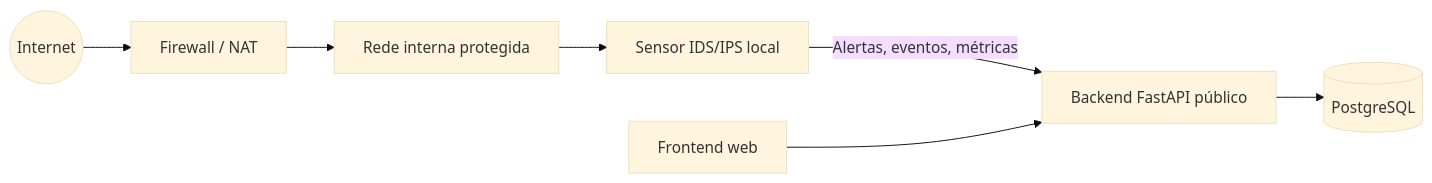
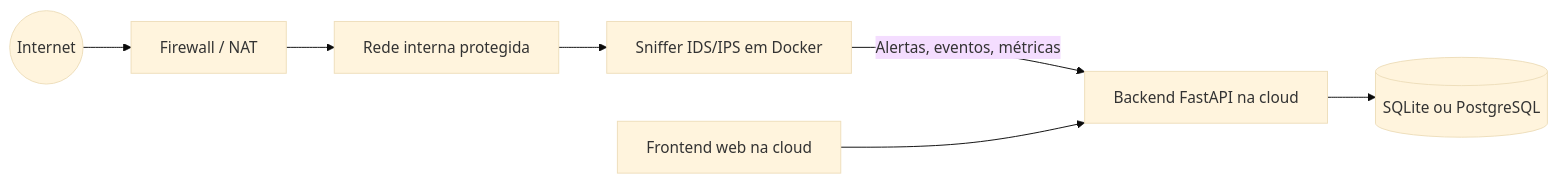
The diagram in ARCHITECTURE_FIREWALL.md (Juliao-A3/projeto-ids-ips), drawn with Mermaid (base theme) before and after one commit. The commit also changed other lines of this file and 27 other files, not shown here.

````diff
--- a/ARCHITECTURE_FIREWALL.md
+++ b/ARCHITECTURE_FIREWALL.md
@@ -10,9 +10,9 @@
 ```mermaid
 flowchart LR
     Internet((Internet)) --> FW[Firewall / NAT]
     FW --> LAN[Rede interna protegida]
-    LAN --> SENSOR[Sensor IDS/IPS local]
-    SENSOR -->|Alertas, eventos, métricas| API[Backend FastAPI público]
-    API --> DB[(PostgreSQL)]
-    WEB[Frontend web] --> API
+    LAN --> SENSOR[Sniffer IDS/IPS em Docker]
+    SENSOR -->|Alertas, eventos, métricas| API[Backend FastAPI na cloud]
+    WEB[Frontend web na cloud] --> API
+    API --> DB[(SQLite ou PostgreSQL)]
 ```
````
